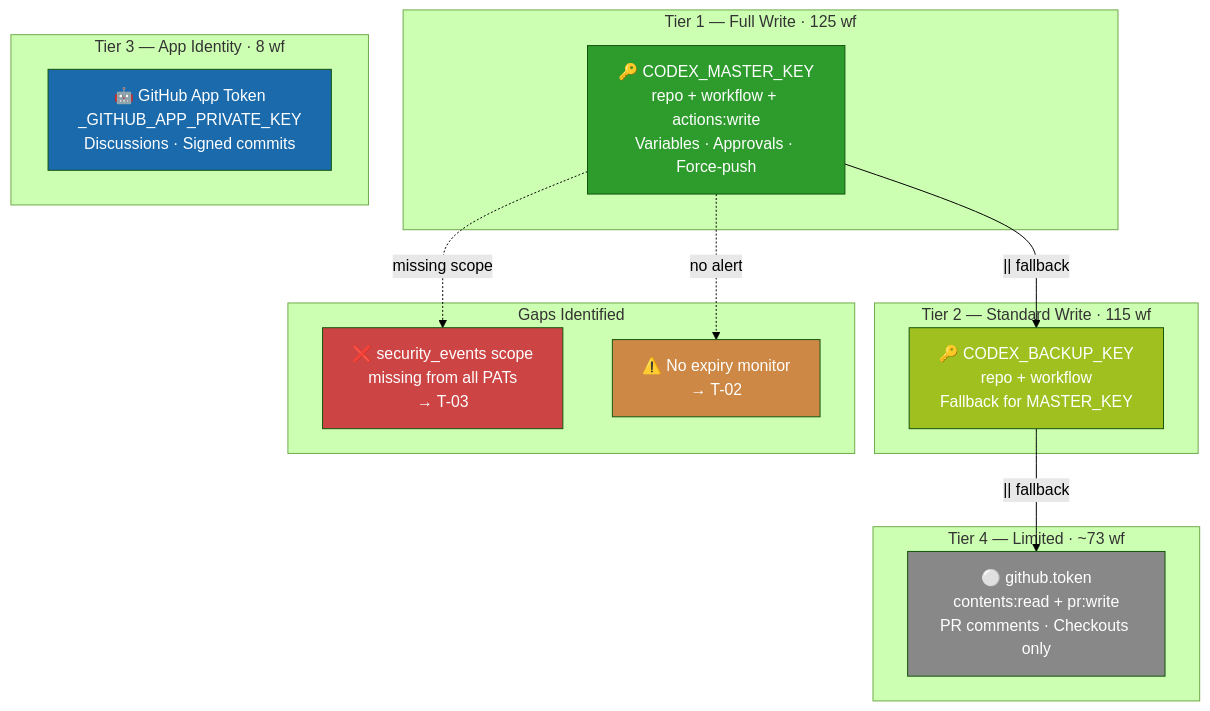
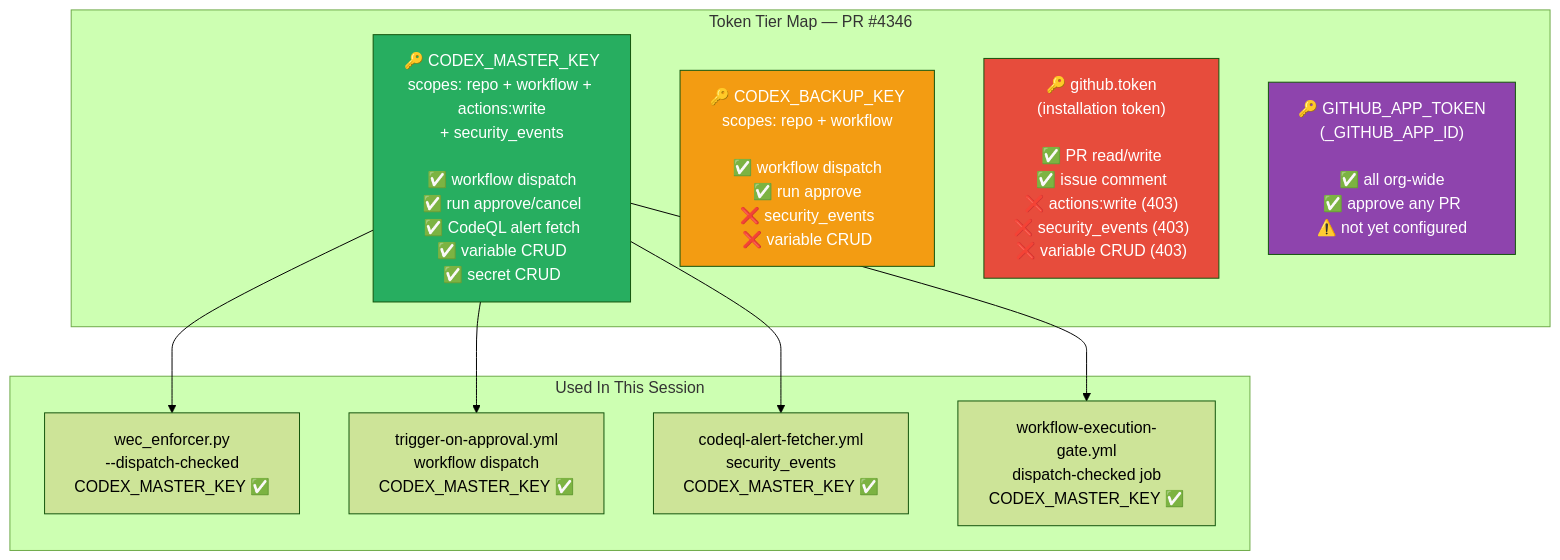
One commit to Aries-Serpent/_codex_ changed the fourth of 9 diagrams in docs/sessions/PR4346_session_diagram.md. Above: the diagram before and after it, drawn with Mermaid (forest theme). The commit also changed other lines of this file and 8 other files, not shown here.

First line of the commit message:
fix(ci): actionlint+CodeQL — self-healing restructure, env-var injection fix, WEC dispatch+approve, living docs v3 (9 Mermaid diagrams)

````diff
--- a/docs/sessions/PR4346_session_diagram.md
+++ b/docs/sessions/PR4346_session_diagram.md
@@ -122,31 +116,29 @@
 ```mermaid
-graph TD
-    subgraph "Tier 1 — Full Write · 125 wf"
-        MK["🔑 CODEX_MASTER_KEY\nrepo + workflow + actions:write\nVariables · Approvals · Force-push"]
-    end
-    subgraph "Tier 2 — Standard Write · 115 wf"
-        BK["🔑 CODEX_BACKUP_KEY\nrepo + workflow\nFallback for MASTER_KEY"]
-    end
-    subgraph "Tier 3 — App Identity · 8 wf"
-        APP["🤖 GitHub App Token\n_GITHUB_APP_PRIVATE_KEY\nDiscussions · Signed commits"]
-    end
-    subgraph "Tier 4 — Limited · ~73 wf"
-        GT["⚪ github.token\ncontents:read + pr:write\nPR comments · Checkouts only"]
-    end
-    subgraph "Gaps Identified"
-        G1["❌ security_events scope\nmissing from all PATs\n→ T-03"]
-        G2["⚠️ No expiry monitor\n→ T-02"]
+flowchart TD
+    subgraph "Token Tier Map — PR #4346"
+        T1["🔑 CODEX_MASTER_KEY\nscopes: repo + workflow + actions:write\n+ security_events\n\n✅ workflow dispatch\n✅ run approve/cancel\n✅ CodeQL alert fetch\n✅ variable CRUD\n✅ secret CRUD"]
+
+        T2["🔑 CODEX_BACKUP_KEY\nscopes: repo + workflow\n\n✅ workflow dispatch\n✅ run approve\n❌ security_events\n❌ variable CRUD"]
+
+        T3["🔑 github.token\n(installation token)\n\n✅ PR read/write\n✅ issue comment\n❌ actions:write (403)\n❌ security_events (403)\n❌ variable CRUD (403)"]
+
+        T4["🔑 GITHUB_APP_TOKEN\n(_GITHUB_APP_ID)\n\n✅ all org-wide\n✅ approve any PR\n⚠️ not yet configured"]
     end
 
-    MK -->|"|| fallback"| BK
-    BK -->|"|| fallback"| GT
-    MK -.->|"missing scope"| G1
-    MK -.->|"no alert"| G2
+    subgraph "Used In This Session"
+        U1["wec_enforcer.py\n--dispatch-checked\nCODEX_MASTER_KEY ✅"]
+        U2["trigger-on-approval.yml\nworkflow dispatch\nCODEX_MASTER_KEY ✅"]
+        U3["codeql-alert-fetcher.yml\nsecurity_events\nCODEX_MASTER_KEY ✅"]
+        U4["workflow-execution-gate.yml\ndispatch-checked job\nCODEX_MASTER_KEY ✅"]
+    end
 
-    style MK fill:#2d9c2d,color:#fff
-    style BK fill:#a0c020,color:#fff
-    style APP fill:#1a6aac,color:#fff
-    style GT fill:#888,color:#fff
-    style G1 fill:#c44,color:#fff
-    style G2 fill:#c84,color:#fff
+    T1 --> U1
+    T1 --> U2
+    T1 --> U3
+    T1 --> U4
+
+    style T1 fill:#27ae60,color:#fff
+    style T2 fill:#f39c12,color:#fff
+    style T3 fill:#e74c3c,color:#fff
+    style T4 fill:#8e44ad,color:#fff
 ```
````
